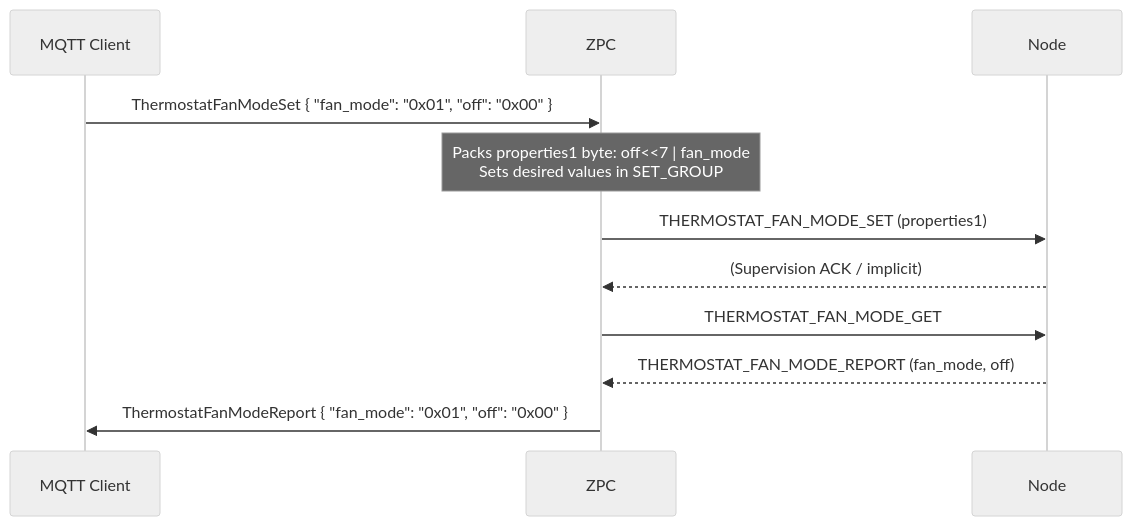
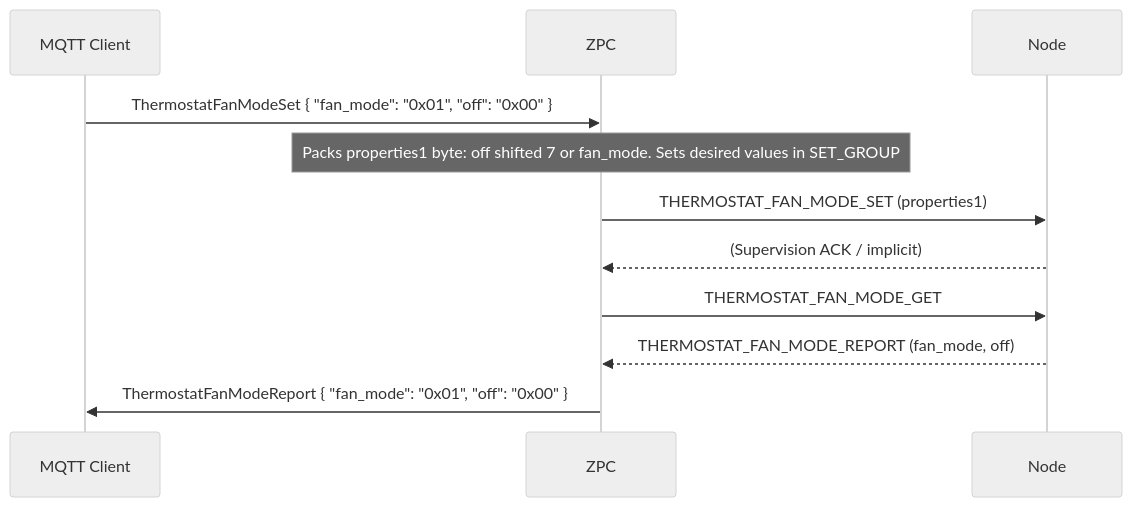
Before and after one commit to SiliconLabsSoftware/z-wave-protocol-controller: the second of 4 diagrams in components/command_classes/command_class_thermostat_fan_mode/doc/sequence_diagrams.md, drawn with Mermaid (neutral theme). The commit also changed 14 other files, not shown here.

First line of the commit message:
#100: Fix invalid mermaid diagrams and add CI checks (#104)

````diff
--- a/components/command_classes/command_class_thermostat_fan_mode/doc/sequence_diagrams.md
+++ b/components/command_classes/command_class_thermostat_fan_mode/doc/sequence_diagrams.md
@@ -19,14 +19,14 @@
 ```mermaid
 sequenceDiagram
     participant MQTT Client
     participant ZPC
     participant Node
 
     MQTT Client->>ZPC: ThermostatFanModeSet { "fan_mode": "0x01", "off": "0x00" }
-    Note over ZPC: Packs properties1 byte: off<<7 | fan_mode<br/>Sets desired values in SET_GROUP
+    Note over ZPC: Packs properties1 byte: off shifted 7 or fan_mode. Sets desired values in SET_GROUP
     ZPC->>Node: THERMOSTAT_FAN_MODE_SET (properties1)
     Node-->>ZPC: (Supervision ACK / implicit)
     ZPC->>Node: THERMOSTAT_FAN_MODE_GET
     Node-->>ZPC: THERMOSTAT_FAN_MODE_REPORT (fan_mode, off)
     ZPC->>MQTT Client: ThermostatFanModeReport { "fan_mode": "0x01", "off": "0x00" }
 ```
````
